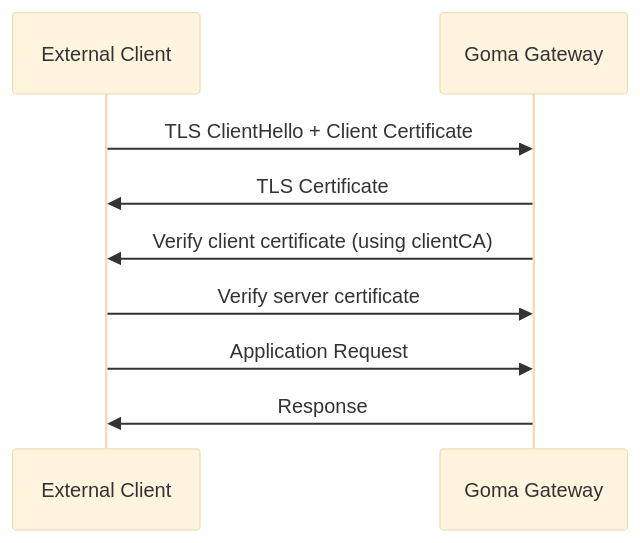
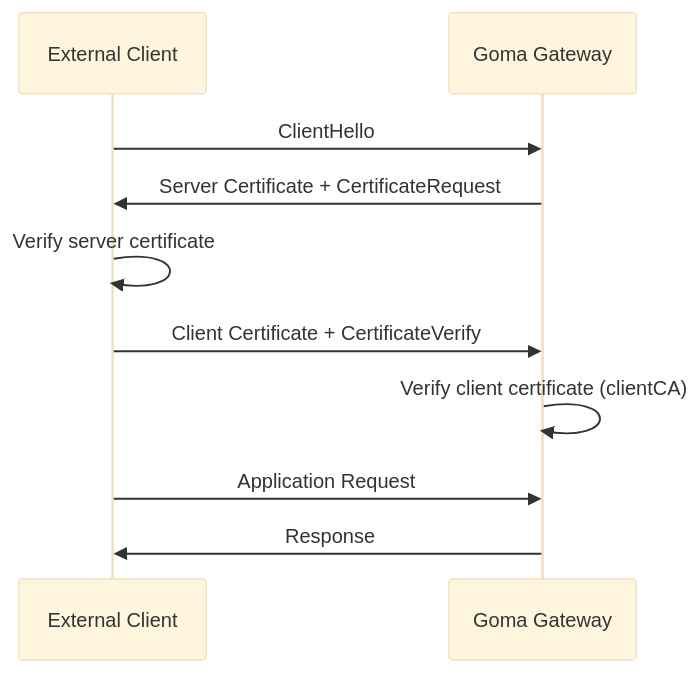
One commit to jkaninda/goma-gateway changed the second of 3 diagrams in docs/docs/usermanual/mtls.md. Above: the diagram before and after it, drawn with Mermaid (base theme). The commit also changed other lines of this file and 57 other files, not shown here.

````diff
--- a/docs/docs/usermanual/mtls.md
+++ b/docs/docs/usermanual/mtls.md
@@ -50,12 +51,13 @@
 ```mermaid
 sequenceDiagram
     participant Client as External Client
     participant Gateway as Goma Gateway
 
-    Client->>Gateway: TLS ClientHello + Client Certificate
-    Gateway->>Client: TLS Certificate
-    Gateway->>Client: Verify client certificate (using clientCA)
-    Client->>Gateway: Verify server certificate
+    Client->>Gateway: ClientHello
+    Gateway->>Client: Server Certificate + CertificateRequest
+    Client->>Client: Verify server certificate
+    Client->>Gateway: Client Certificate + CertificateVerify
+    Gateway->>Gateway: Verify client certificate (clientCA)
     Client->>Gateway: Application Request
     Gateway->>Client: Response
 ```
````
